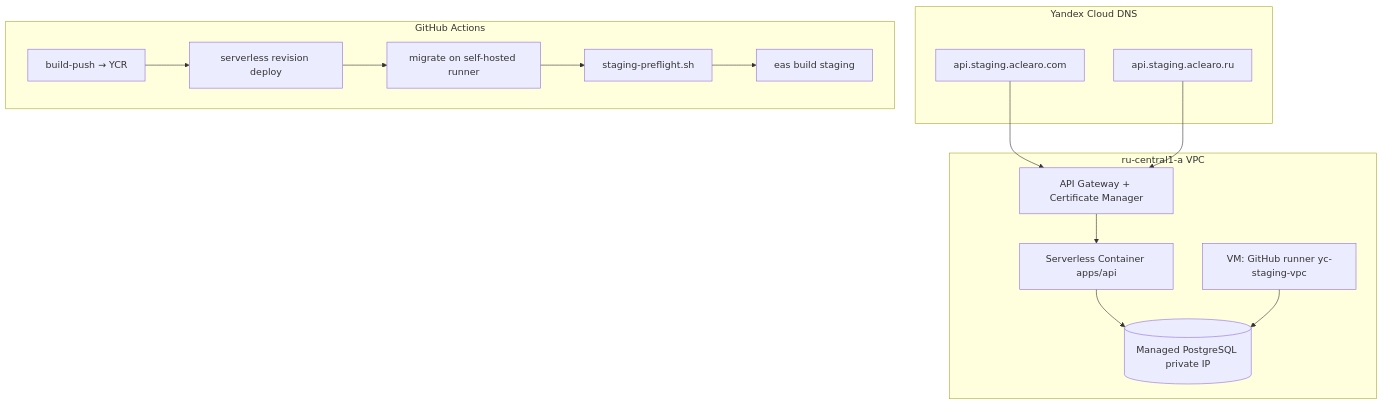
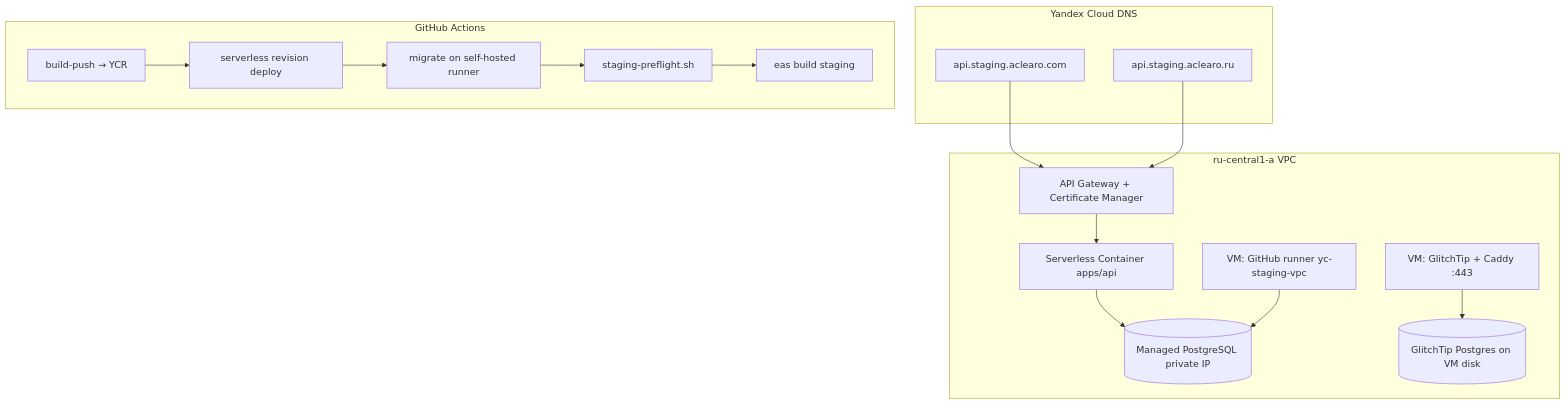
One commit to zuevfoton-art/AllerGuide changed the diagram in docs/staging-yandex-cloud.md. Above: the diagram before and after it, drawn with Mermaid. The commit also changed other lines of this file and 10 other files, not shown here.

First line of the commit message:
docs(infra): complete staging GlitchTip apply checklist

````diff
--- a/docs/staging-yandex-cloud.md
+++ b/docs/staging-yandex-cloud.md
@@ -39,29 +39,32 @@
 ```mermaid
 flowchart TB
   subgraph dns [Yandex Cloud DNS]
     COM["api.staging.aclearo.com"]
     RU["api.staging.aclearo.ru"]
   end
 
   subgraph yc [ru-central1-a VPC]
     GW["API Gateway + Certificate Manager"]
     SC["Serverless Container apps/api"]
     PG[("Managed PostgreSQL private IP")]
     RUN["VM: GitHub runner yc-staging-vpc"]
+    GT["VM: GlitchTip + Caddy :443"]
+    GTPG[("GlitchTip Postgres on VM disk")]
     SC --> PG
     RUN --> PG
+    GT --> GTPG
   end
 
   subgraph gh [GitHub Actions]
     BUILD["build-push → YCR"]
     DEPLOY["serverless revision deploy"]
     MIG["migrate on self-hosted runner"]
     SMOKE["staging-preflight.sh"]
     EAS["eas build staging"]
   end
 
   COM --> GW
   RU --> GW
   GW --> SC
   BUILD --> DEPLOY --> MIG --> SMOKE --> EAS
 ```
````
